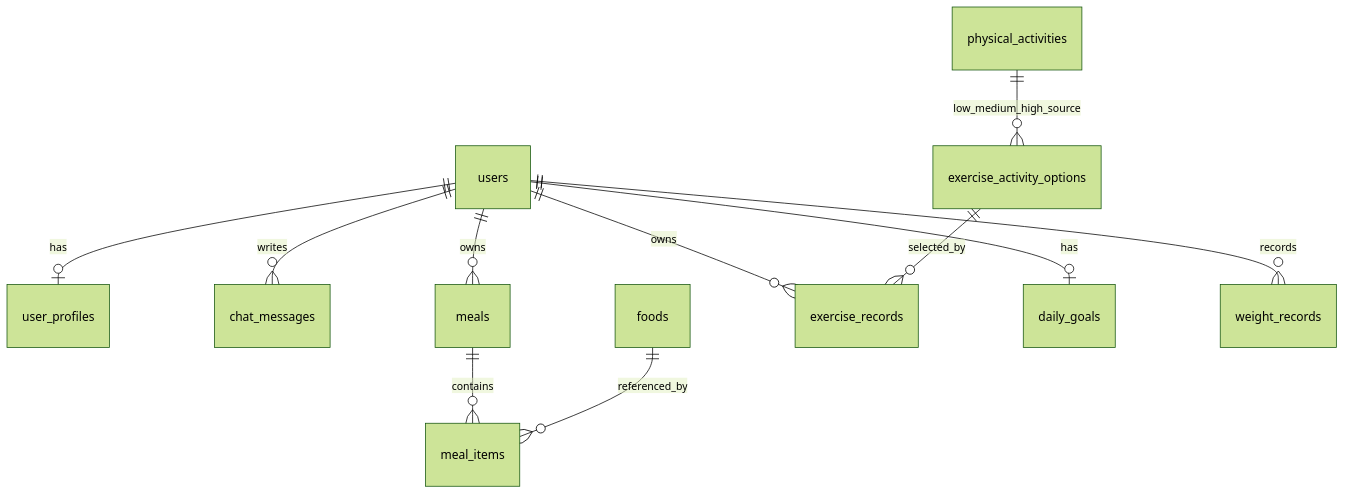
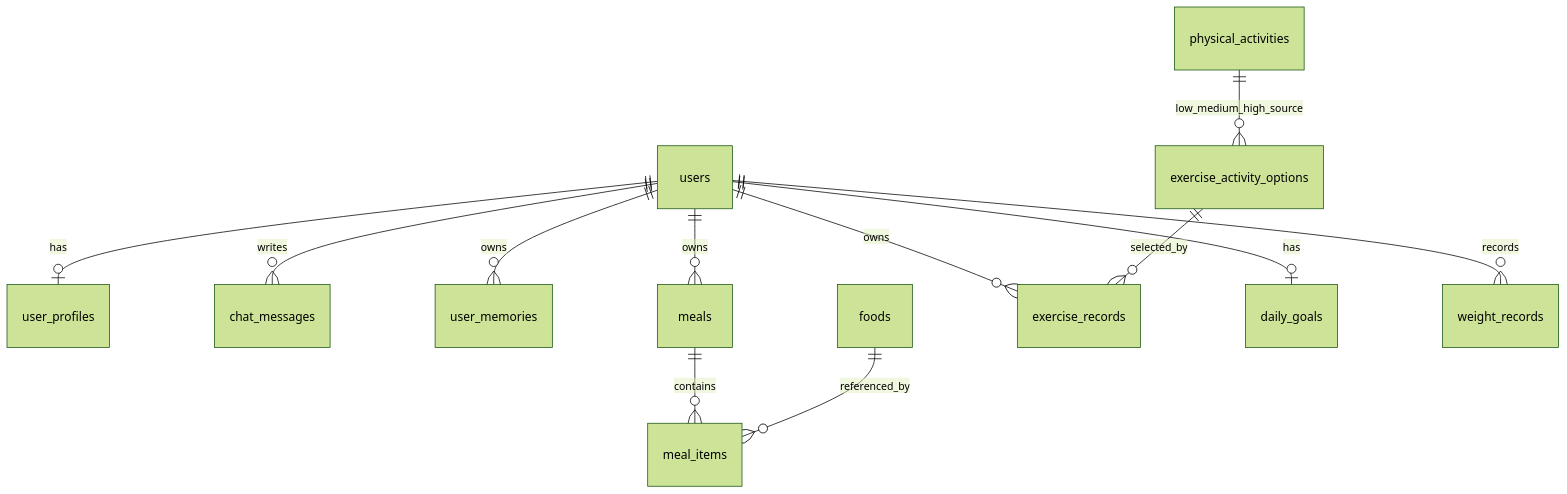
Before and after one commit to jackpod700/AIHealthCoach: the diagram in docs/DOMAIN_MAP.md, drawn with Mermaid (forest theme). The commit also changed other lines of this file, not shown here.

````diff
--- a/docs/DOMAIN_MAP.md
+++ b/docs/DOMAIN_MAP.md
@@ -21,13 +21,14 @@
 ```mermaid
 erDiagram
     users ||--o| user_profiles : has
     users ||--o{ chat_messages : writes
+    users ||--o{ user_memories : owns
     users ||--o{ meals : owns
     meals ||--o{ meal_items : contains
     foods ||--o{ meal_items : referenced_by
     users ||--o{ exercise_records : owns
     exercise_activity_options ||--o{ exercise_records : selected_by
     physical_activities ||--o{ exercise_activity_options : low_medium_high_source
     users ||--o| daily_goals : has
     users ||--o{ weight_records : records
 ```
````
